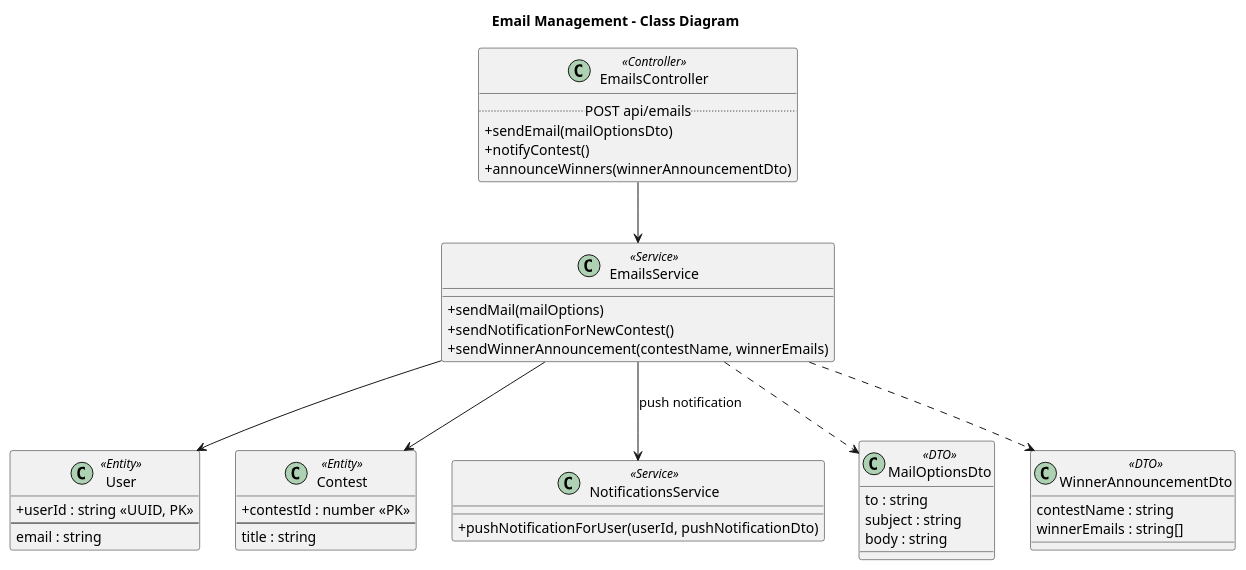
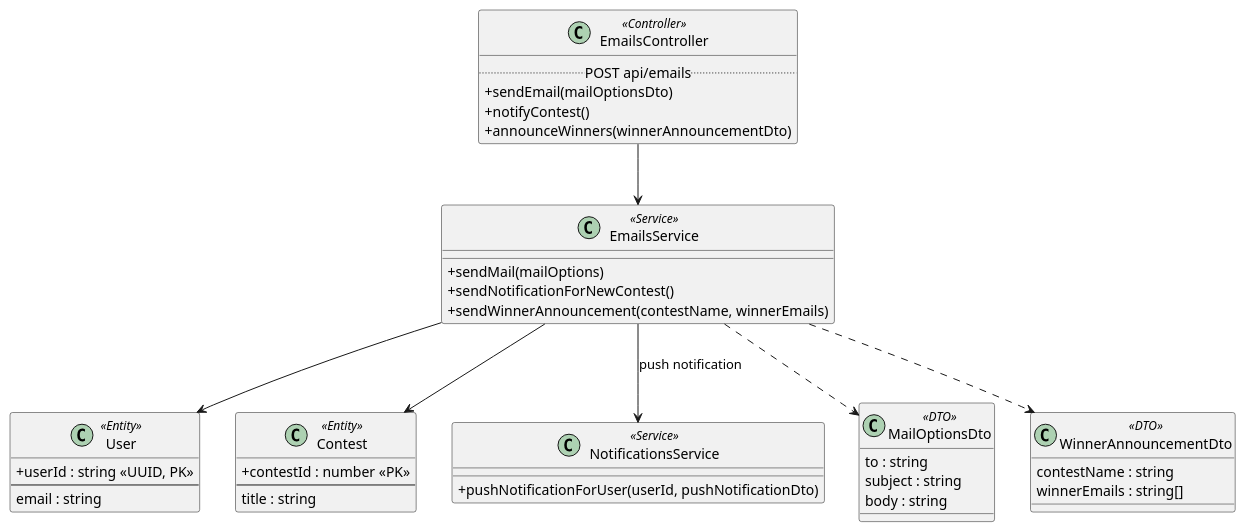
Before and after one commit to viethoang1520/artchain-server: the diagram in documents/email/class-email-management.puml, drawn with PlantUML. The commit also changed 57 other files, not shown here.

```diff
--- a/documents/email/class-email-management.puml
+++ b/documents/email/class-email-management.puml
@@ -1,54 +1,52 @@
 @startuml Email Management
 
 skinparam classAttributeIconSize 0
-
-title Email Management - Class Diagram
 
 class User <<Entity>> {
   + userId : string <<UUID, PK>>
   --
   email : string
 }
 
 class Contest <<Entity>> {
   + contestId : number <<PK>>
   --
   title : string
 }
 
 class NotificationsService <<Service>> {
   + pushNotificationForUser(userId, pushNotificationDto)
 }
 
 class EmailsService <<Service>> {
   + sendMail(mailOptions)
   + sendNotificationForNewContest()
   + sendWinnerAnnouncement(contestName, winnerEmails)
 }
 
 class EmailsController <<Controller>> {
   .. POST api/emails ..
   + sendEmail(mailOptionsDto)
   + notifyContest()
   + announceWinners(winnerAnnouncementDto)
 }
 
 class MailOptionsDto <<DTO>> {
   to : string
   subject : string
   body : string
 }
 
 class WinnerAnnouncementDto <<DTO>> {
   contestName : string
   winnerEmails : string[]
 }
 
 EmailsController --> EmailsService
 EmailsService --> Contest
 EmailsService --> User
 EmailsService --> NotificationsService : "push notification"
 EmailsService ..> MailOptionsDto
 EmailsService ..> WinnerAnnouncementDto
 
 @enduml
```
